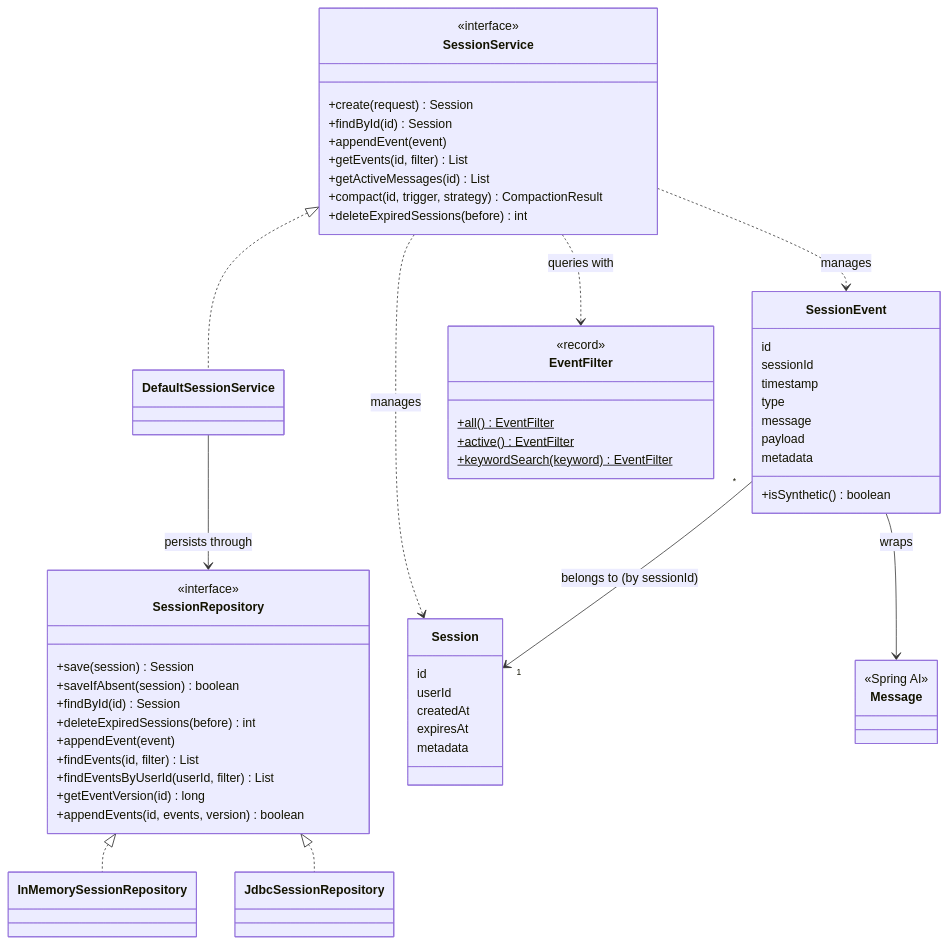
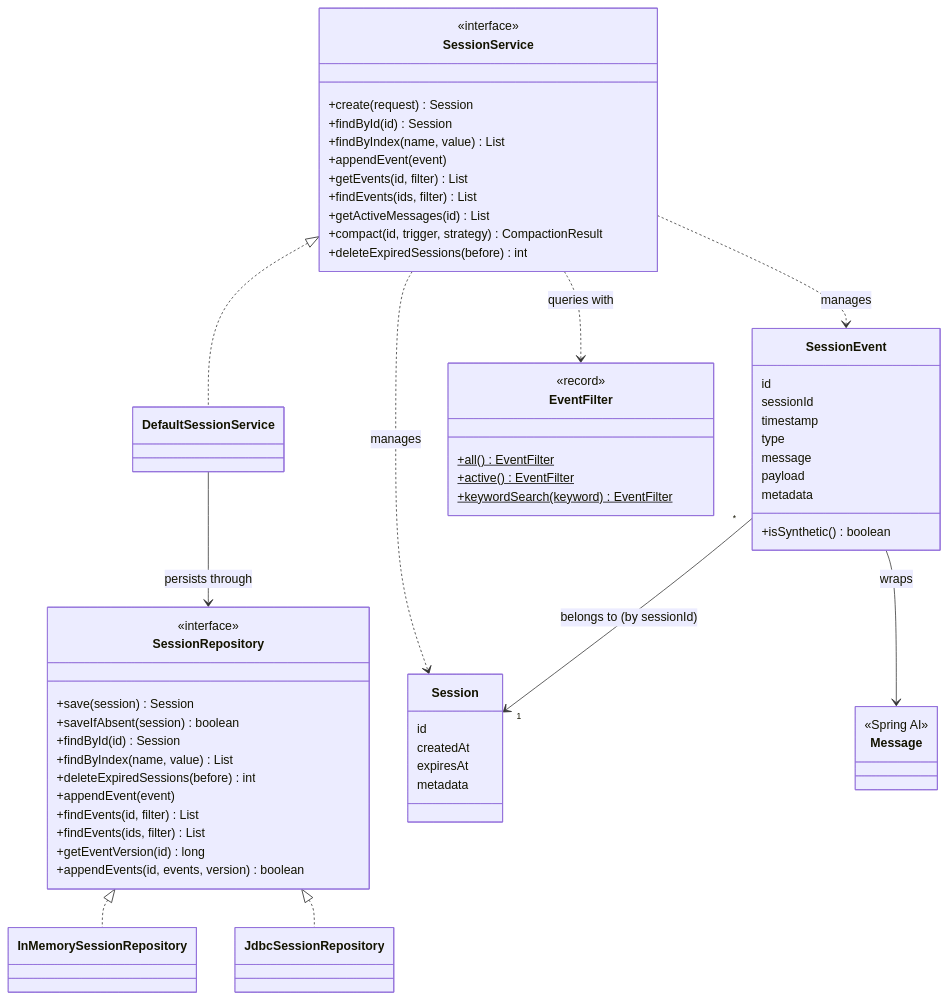
One commit to spring-ai-community/spring-ai-session changed the first of 3 diagrams in docs/session-management/concepts.md. Above: the diagram before and after it, drawn with Mermaid. The commit also changed other lines of this file and 67 other files, not shown here.

````diff
--- a/docs/session-management/concepts.md
+++ b/docs/session-management/concepts.md
@@ -223,67 +226,69 @@
 ```mermaid
 classDiagram
     direction TB
 
     class SessionService {
         <<interface>>
         +create(request) Session
         +findById(id) Session
+        +findByIndex(name, value) List
         +appendEvent(event)
         +getEvents(id, filter) List
+        +findEvents(ids, filter) List
         +getActiveMessages(id) List
         +compact(id, trigger, strategy) CompactionResult
         +deleteExpiredSessions(before) int
     }
     class DefaultSessionService
     class SessionRepository {
         <<interface>>
         +save(session) Session
         +saveIfAbsent(session) boolean
         +findById(id) Session
+        +findByIndex(name, value) List
         +deleteExpiredSessions(before) int
         +appendEvent(event)
         +findEvents(id, filter) List
-        +findEventsByUserId(userId, filter) List
+        +findEvents(ids, filter) List
         +getEventVersion(id) long
         +appendEvents(id, events, version) boolean
     }
     class InMemorySessionRepository
     class JdbcSessionRepository
 
     class Session {
         id
-        userId
         createdAt
         expiresAt
         metadata
     }
     class SessionEvent {
         id
         sessionId
         timestamp
         type
         message
         payload
         metadata
         +isSynthetic() boolean
     }
     class Message {
         <<Spring AI>>
     }
     class EventFilter {
         <<record>>
         +all()$ EventFilter
         +active()$ EventFilter
         +keywordSearch(keyword)$ EventFilter
     }
 
     SessionService <|.. DefaultSessionService
     DefaultSessionService --> SessionRepository : persists through
     SessionRepository <|.. InMemorySessionRepository
     SessionRepository <|.. JdbcSessionRepository
     SessionService ..> Session : manages
     SessionService ..> SessionEvent : manages
     SessionService ..> EventFilter : queries with
     SessionEvent "*" --> "1" Session : belongs to (by sessionId)
     SessionEvent --> Message : wraps
 ```
````
